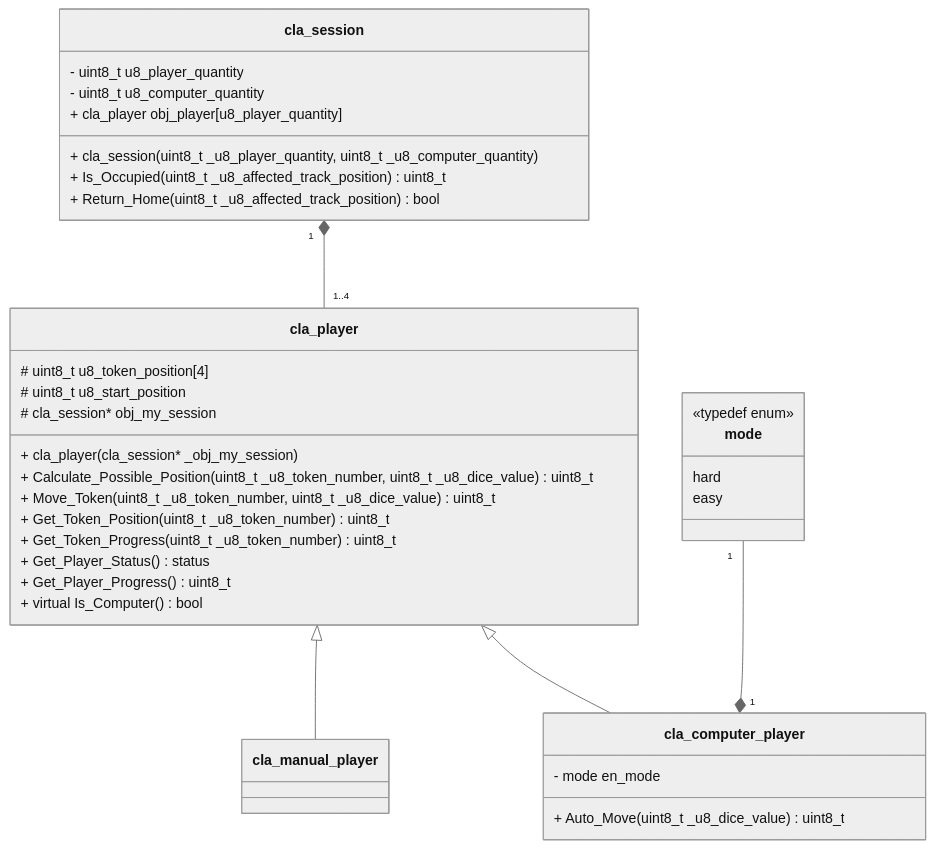
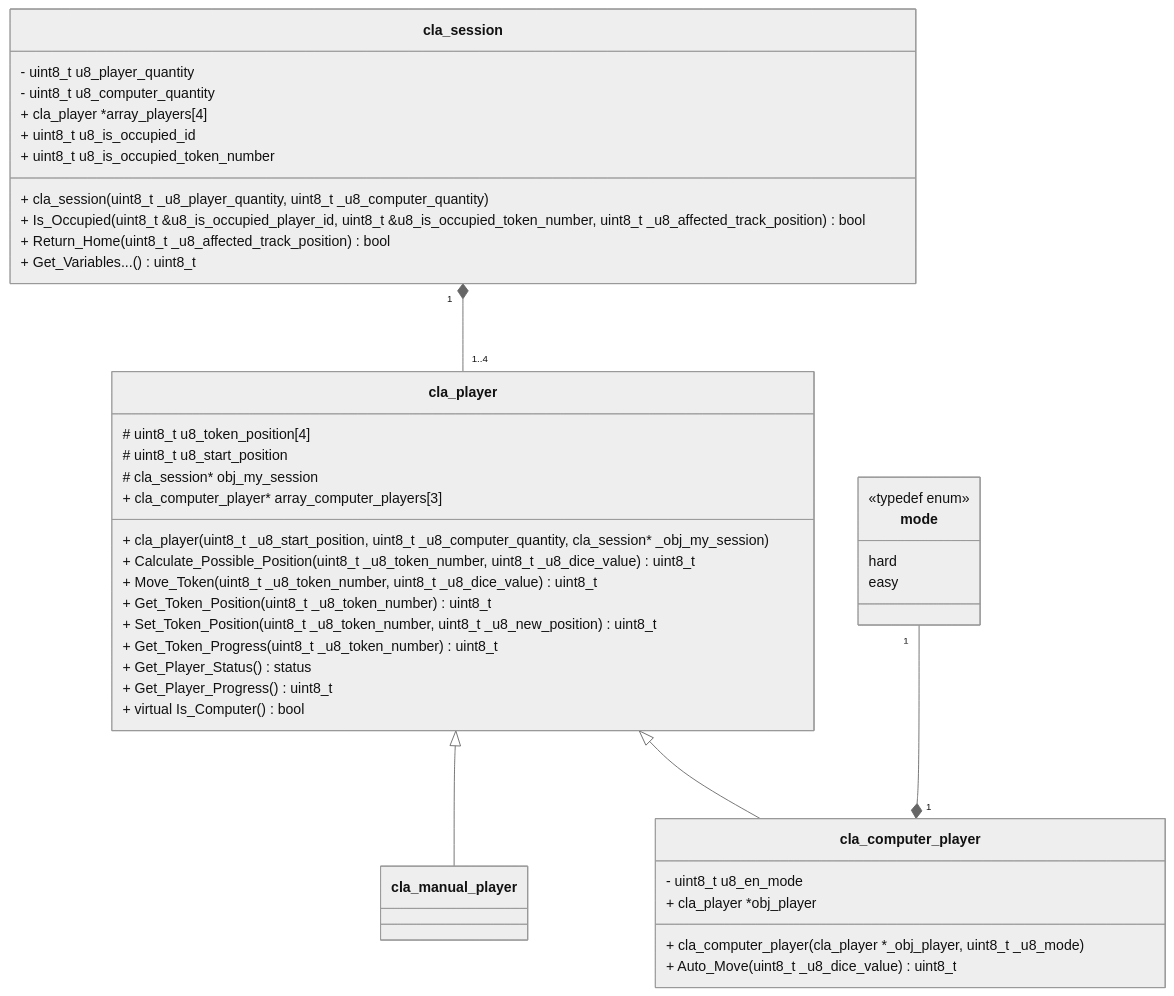
The third of 4 diagrams in Design_Description/Software_Architecture/DOC_DED_SOA_Software_Architecture.md (lukas1-12/Arduino_DHBW_Spiel), drawn with Mermaid (neutral theme) before and after one commit. The commit also changed other lines of this file, not shown here.

Commit message:
Updated class diagramm vor game logic

````diff
--- a/Design_Description/Software_Architecture/DOC_DED_SOA_Software_Architecture.md
+++ b/Design_Description/Software_Architecture/DOC_DED_SOA_Software_Architecture.md
@@ -83,48 +83,57 @@
 ```mermaid
   classDiagram
     %%{init:{'flowchart':{'nodeSpacing': 50, 'rankSpacing': 100}}}%%
     
     class cla_session {
         - uint8_t u8_player_quantity
         - uint8_t u8_computer_quantity
-        + cla_player obj_player[u8_player_quantity]
+        + cla_player *array_players[4]
+        + uint8_t u8_is_occupied_id
+        + uint8_t u8_is_occupied_token_number
 
         + cla_session(uint8_t _u8_player_quantity, uint8_t _u8_computer_quantity)
-        + Is_Occupied(uint8_t _u8_affected_track_position) uint8_t
+        + Is_Occupied(uint8_t &u8_is_occupied_player_id, uint8_t &u8_is_occupied_token_number, uint8_t _u8_affected_track_position) bool
         + Return_Home(uint8_t _u8_affected_track_position) bool
+        + Get_Variables...()  uint8_t
+
     }
 
     cla_session "1" *-- "1..4" cla_player
     class cla_player {
         # uint8_t u8_token_position[4]
         # uint8_t u8_start_position
         # cla_session* obj_my_session
+        + cla_computer_player* array_computer_players[3]
 
-        + cla_player(cla_session* _obj_my_session)
+        + cla_player(uint8_t _u8_start_position, uint8_t _u8_computer_quantity, cla_session* _obj_my_session)
         + Calculate_Possible_Position(uint8_t _u8_token_number, uint8_t _u8_dice_value) uint8_t
         + Move_Token(uint8_t _u8_token_number, uint8_t _u8_dice_value) uint8_t
         + Get_Token_Position(uint8_t _u8_token_number) uint8_t
+        + Set_Token_Position(uint8_t _u8_token_number, uint8_t _u8_new_position) uint8_t
         + Get_Token_Progress(uint8_t _u8_token_number) uint8_t
         + Get_Player_Status() status
         + Get_Player_Progress() uint8_t
         + virtual Is_Computer() bool
 
     }
 
     cla_player <|-- cla_manual_player
     class cla_manual_player {
 
     }
     cla_player <|-- cla_computer_player
     class cla_computer_player{
-        - mode en_mode
+        - uint8_t u8_en_mode
+        + cla_player *obj_player
+
+        + cla_computer_player(cla_player *_obj_player, uint8_t _u8_mode)
         + Auto_Move(uint8_t _u8_dice_value) uint8_t
     }
 
     mode "1" --* "1" cla_computer_player
     class mode{
         <<typedef enum>>
         hard
         easy
     }
 ```
````
